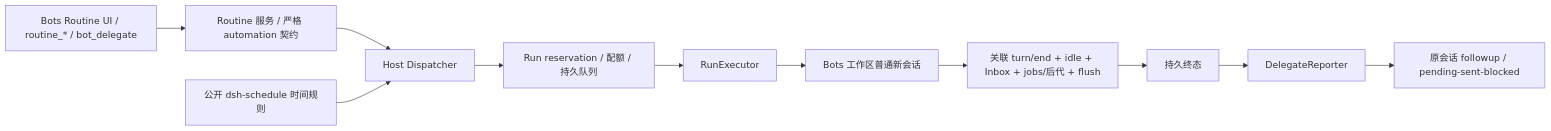
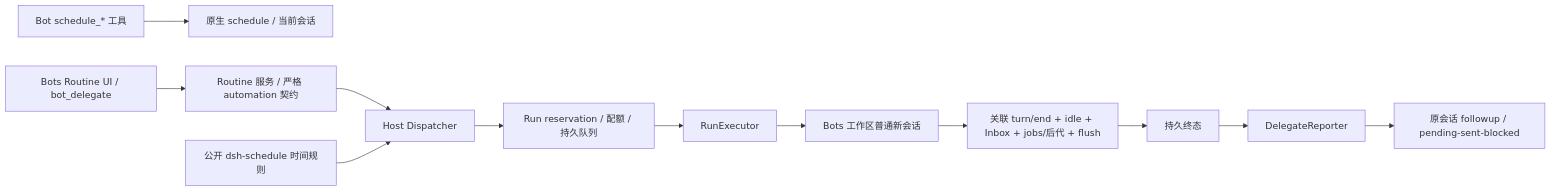
Before and after one commit to MJ-CJM/DSH-Bot: the second of 2 diagrams in docs/architecture.md, drawn with Mermaid. The commit also changed other lines of this file and 15 other files, not shown here.

Commit message:
feat(p2-reuse): R01 bots expose only native schedule_* tools

````diff
--- a/docs/architecture.md
+++ b/docs/architecture.md
@@ -137,13 +141,14 @@
 ```mermaid
 flowchart LR
-  UI["Bots Routine UI / routine_* / bot_delegate"] --> Remote["Routine 服务 / 严格 automation 契约"]
+  Native["Bot schedule_* 工具"] --> Schedule["原生 schedule / 当前会话"]
+  UI["Bots Routine UI / bot_delegate"] --> Remote["Routine 服务 / 严格 automation 契约"]
   Remote --> Dispatcher["Host Dispatcher"]
   Rules["公开 dsh-schedule 时间规则"] --> Dispatcher
   Dispatcher --> Runs["Run reservation / 配额 / 持久队列"]
   Runs --> Executor["RunExecutor"]
   Executor --> Session["Bots 工作区普通新会话"]
   Session --> Barrier["关联 turn/end + idle + Inbox + jobs/后代 + flush"]
   Barrier --> Terminal["持久终态"]
   Terminal --> Reporter["DelegateReporter"]
   Reporter --> Origin["原会话 followup / pending-sent-blocked"]
 ```
````
